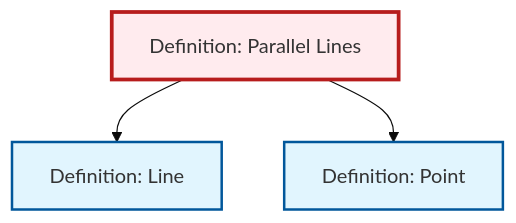
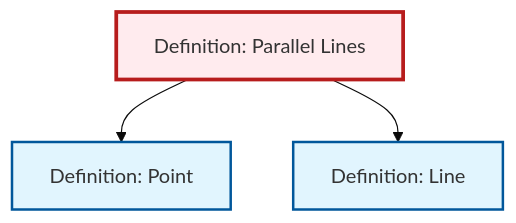
The diagram in content/en/geometry/def-parallel.qmd (RK0429/ModernMath), drawn with Mermaid (base theme) before and after one commit. The commit also changed other lines of this file and 434 other files, not shown here.

````diff
--- a/content/en/geometry/def-parallel.qmd
+++ b/content/en/geometry/def-parallel.qmd
@@ -87,17 +87,17 @@
 ```{mermaid}
 %%| fig-cap: "Local dependency graph"
 graph TD
     classDef definition fill:#e1f5fe,stroke:#01579b,stroke-width:2px
     classDef theorem fill:#f3e5f5,stroke:#4a148c,stroke-width:2px
     classDef axiom fill:#fff3e0,stroke:#e65100,stroke-width:2px
     classDef example fill:#e8f5e9,stroke:#1b5e20,stroke-width:2px
     classDef current fill:#ffebee,stroke:#b71c1c,stroke-width:3px
+    def-point["Definition: Point"]:::definition
+    def-parallel["Definition: Parallel Lines"]:::definition
     def-line["Definition: Line"]:::definition
-    def-parallel["Definition: Parallel Lines"]:::definition
-    def-point["Definition: Point"]:::definition
+    def-parallel --> def-point
     def-parallel --> def-line
-    def-parallel --> def-point
     class def-parallel current
+    click def-point "def-point.html" "Go to Point definition"
     click def-line "def-line.html" "Go to Line definition"
-    click def-point "def-point.html" "Go to Point definition"
 ```
````
